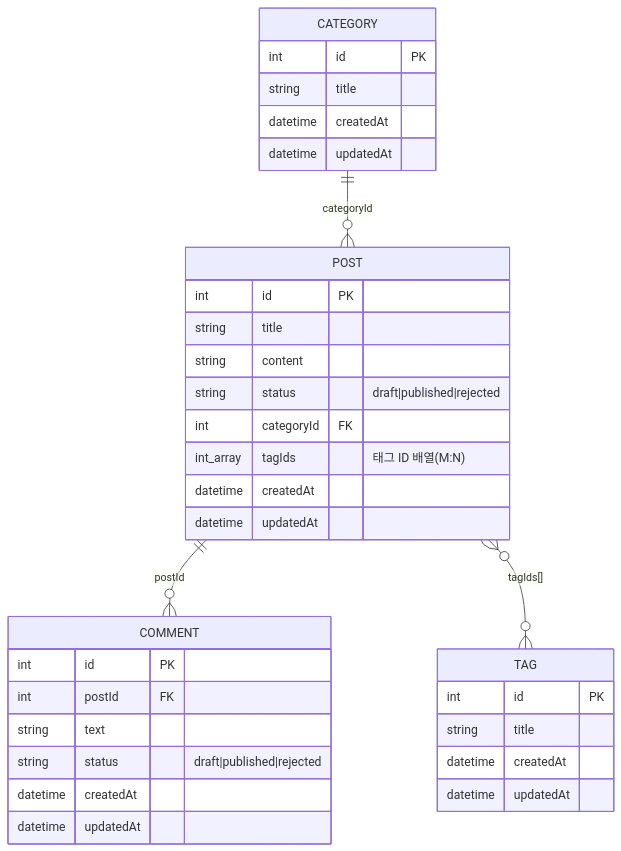
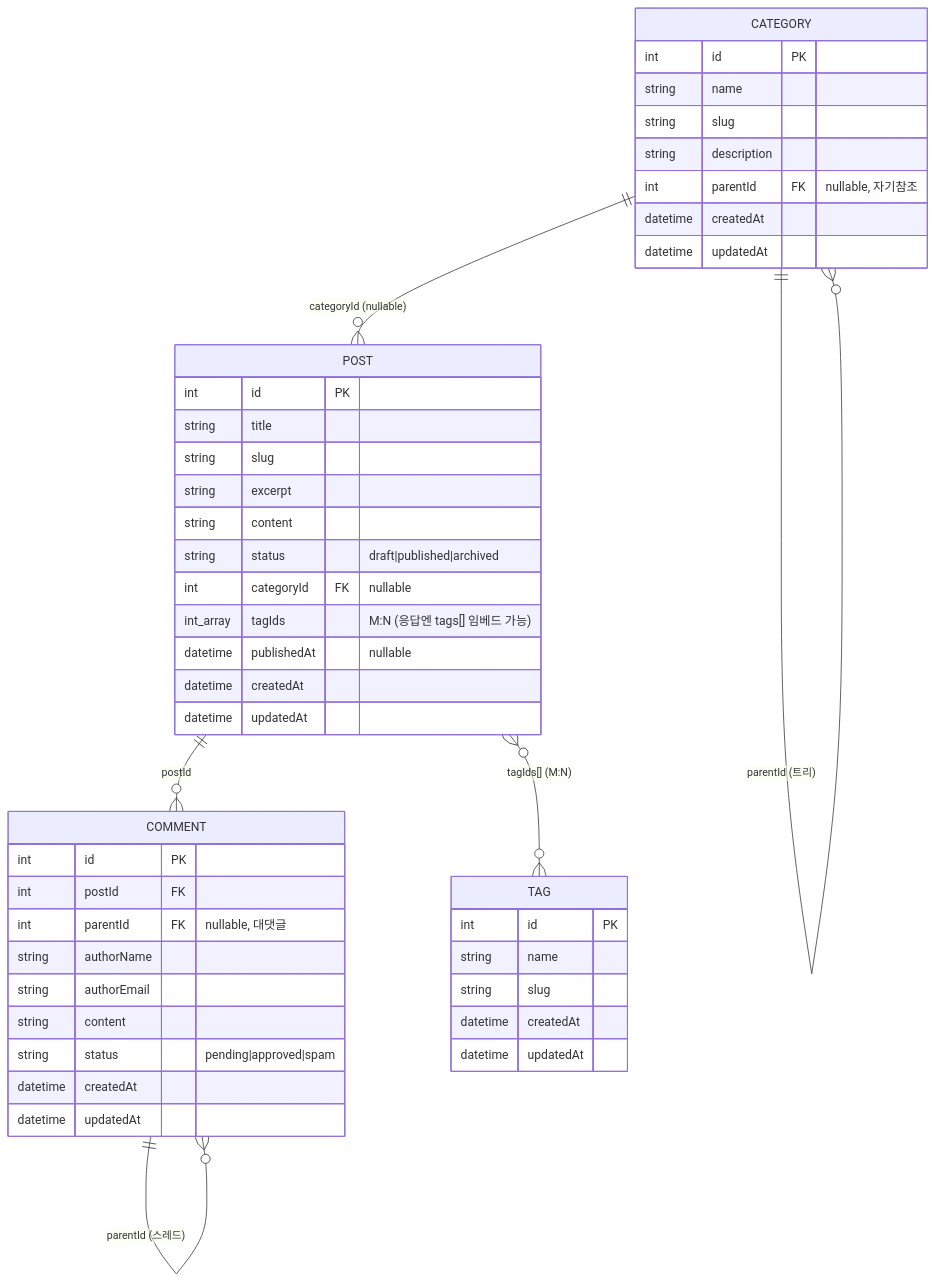
Before and after one commit to yoophi/golang-refine-cms-app: the diagram in docs/api.md, drawn with Mermaid. The commit also changed other lines of this file and 45 other files, not shown here.

````diff
--- a/docs/api.md
+++ b/docs/api.md
@@ -14,37 +21,49 @@
 ```mermaid
 erDiagram
-    CATEGORY ||--o{ POST : "categoryId"
+    CATEGORY ||--o{ POST : "categoryId (nullable)"
+    CATEGORY ||--o{ CATEGORY : "parentId (트리)"
     POST ||--o{ COMMENT : "postId"
-    POST }o--o{ TAG : "tagIds[]"
+    COMMENT ||--o{ COMMENT : "parentId (스레드)"
+    POST }o--o{ TAG : "tagIds[] (M:N)"
 
     CATEGORY {
         int id PK
-        string title
+        string name
+        string slug
+        string description
+        int parentId FK "nullable, 자기참조"
         datetime createdAt
         datetime updatedAt
     }
     TAG {
         int id PK
-        string title
+        string name
+        string slug
         datetime createdAt
         datetime updatedAt
     }
     POST {
         int id PK
         string title
+        string slug
+        string excerpt
         string content
-        string status "draft|published|rejected"
-        int categoryId FK
-        int_array tagIds "태그 ID 배열(M:N)"
+        string status "draft|published|archived"
+        int categoryId FK "nullable"
+        int_array tagIds "M:N (응답엔 tags[] 임베드 가능)"
+        datetime publishedAt "nullable"
         datetime createdAt
         datetime updatedAt
     }
     COMMENT {
         int id PK
         int postId FK
-        string text
-        string status "draft|published|rejected"
+        int parentId FK "nullable, 대댓글"
+        string authorName
+        string authorEmail
+        string content
+        string status "pending|approved|spam"
         datetime createdAt
         datetime updatedAt
     }
 ```
````
